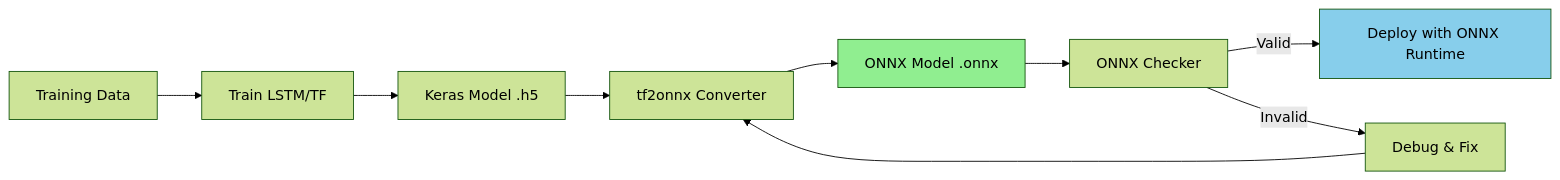
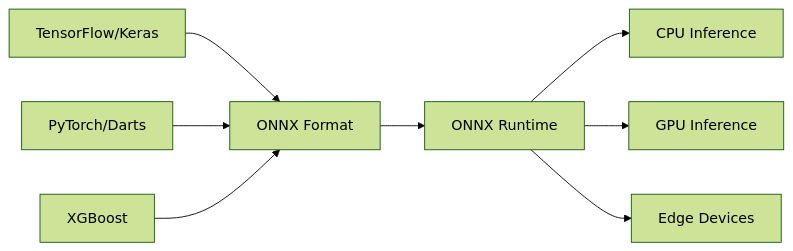
The diagram in class_project/MSML610/Fall2025/Projects/UmdTask55_Fall2025_ONNX_Time_Series_Forecasting_of_Stock_Prices/onnx_forecasting.API.md (gpsaggese/gpsaggese.github.io), drawn with Mermaid (forest theme) before and after one commit. The commit also changed other lines of this file and 31 other files, not shown here.

````diff
--- a/class_project/MSML610/Fall2025/Projects/UmdTask55_Fall2025_ONNX_Time_Series_Forecasting_of_Stock_Prices/onnx_forecasting.API.md
+++ b/class_project/MSML610/Fall2025/Projects/UmdTask55_Fall2025_ONNX_Time_Series_Forecasting_of_Stock_Prices/onnx_forecasting.API.md
@@ -338,14 +26,10 @@
 ```mermaid
-graph LR
-    A[Training Data] --> B[Train LSTM/TF]
-    B --> C[Keras Model .h5]
-    C --> D[tf2onnx Converter]
-    D --> E[ONNX Model .onnx]
-    E --> F[ONNX Checker]
-    F -->|Valid| G[Deploy with ONNX Runtime]
-    F -->|Invalid| H[Debug & Fix]
-    H --> D
-
-    style E fill:#90EE90
-    style G fill:#87CEEB
+flowchart LR
+    A[TensorFlow/Keras] --> D[ONNX Format]
+    B[PyTorch/Darts] --> D
+    C[XGBoost] --> D
+    D --> E[ONNX Runtime]
+    E --> F[CPU Inference]
+    E --> G[GPU Inference]
+    E --> H[Edge Devices]
 ```
````
